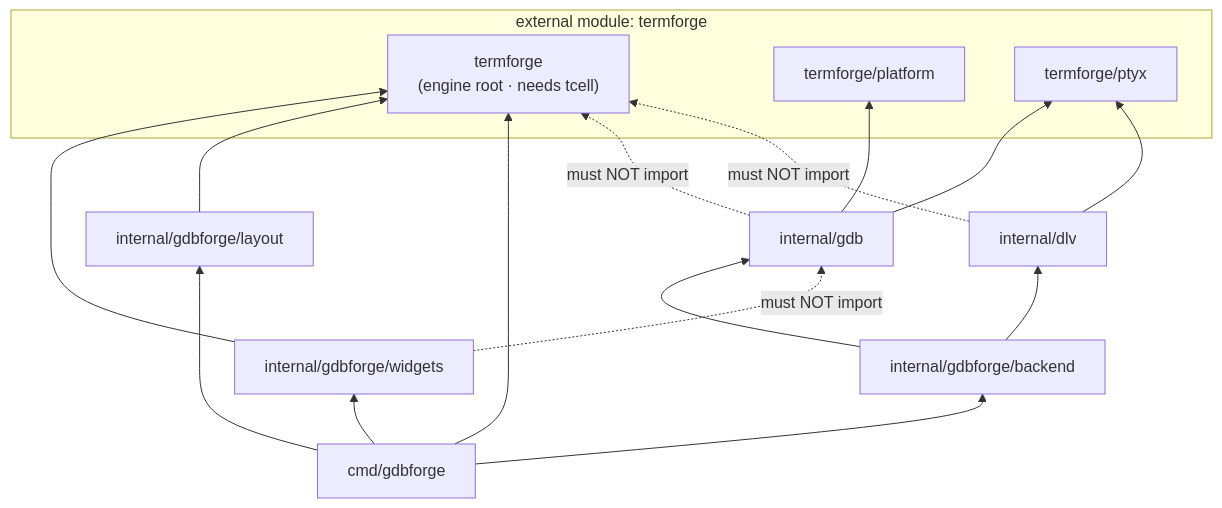
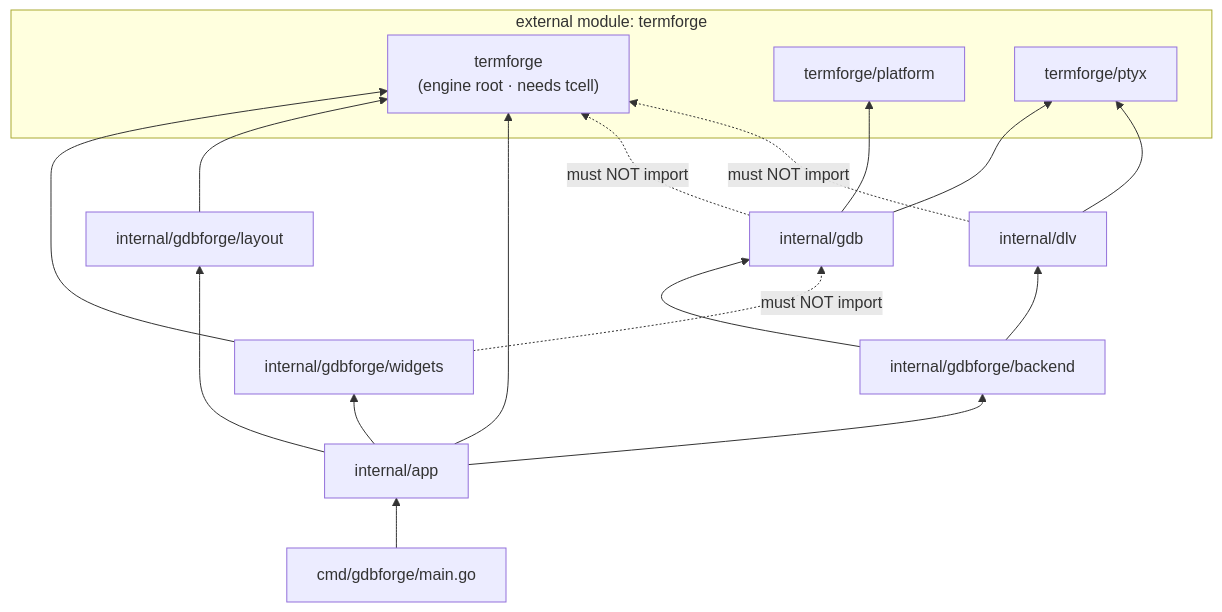
Before and after one commit to yairgd/gdbforge: the diagram in docs/DIRECTORY_STRUCTURE.md, drawn with Mermaid. The commit also changed other lines of this file and 160 other files, not shown here.

````diff
--- a/docs/DIRECTORY_STRUCTURE.md
+++ b/docs/DIRECTORY_STRUCTURE.md
@@ -291,32 +305,34 @@
 ```mermaid
 flowchart BT
     subgraph ext["external module: termforge"]
         tf["termforge<br/>(engine root · needs tcell)"]
         tfplatform["termforge/platform"]
         tfptyx["termforge/ptyx"]
     end
 
     widgets["internal/gdbforge/widgets"]
     layoutpkg["internal/gdbforge/layout"]
     backend["internal/gdbforge/backend"]
     gdb["internal/gdb"]
     dlv["internal/dlv"]
-    app["cmd/gdbforge"]
+    app["internal/app"]
+    mainpkg["cmd/gdbforge/main.go"]
 
     widgets --> tf
     layoutpkg --> tf
     gdb --> tfptyx
     gdb --> tfplatform
     dlv --> tfptyx
     backend --> gdb
     backend --> dlv
 
+    mainpkg --> app
     app --> tf
     app --> widgets
     app --> layoutpkg
     app --> backend
 
     gdb -.->|"must NOT import"| tf
     dlv -.->|"must NOT import"| tf
     widgets -.->|"must NOT import"| gdb
 ```
````
